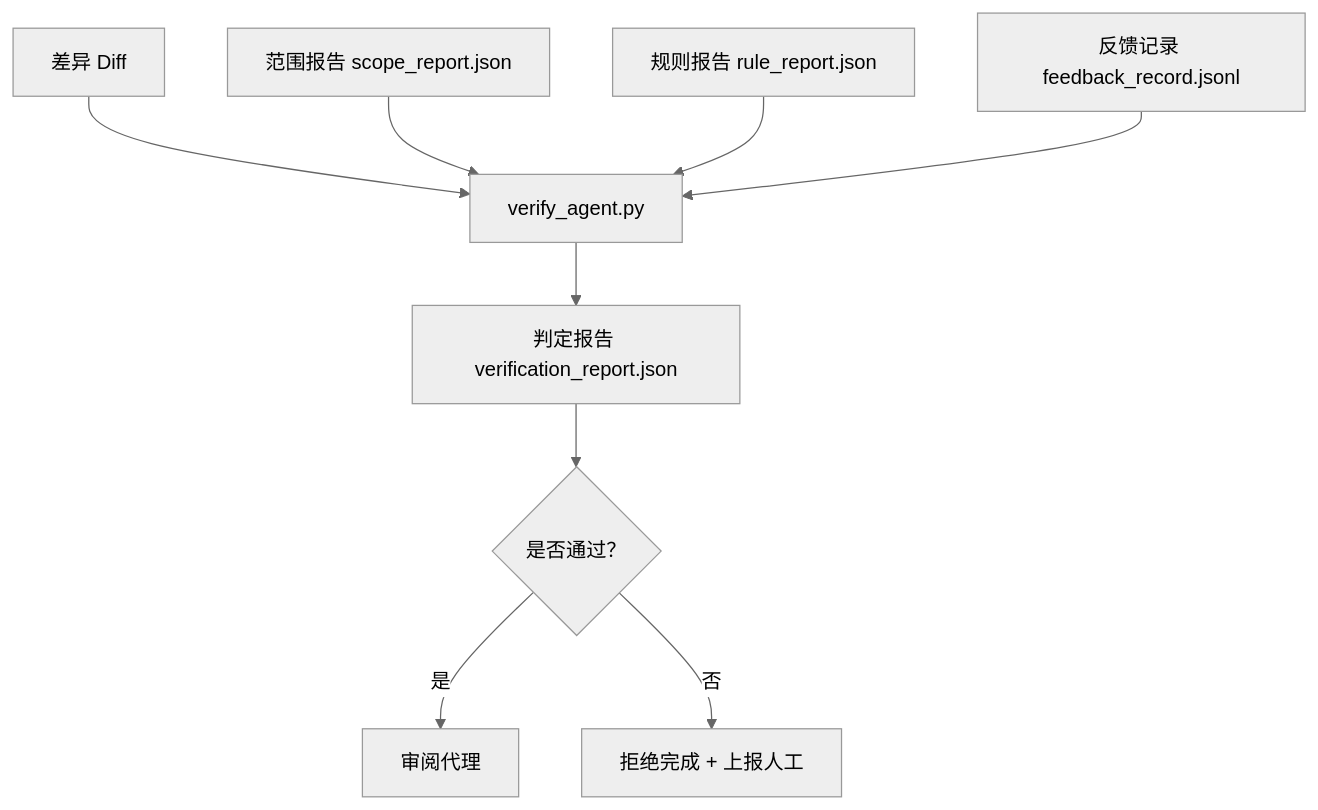
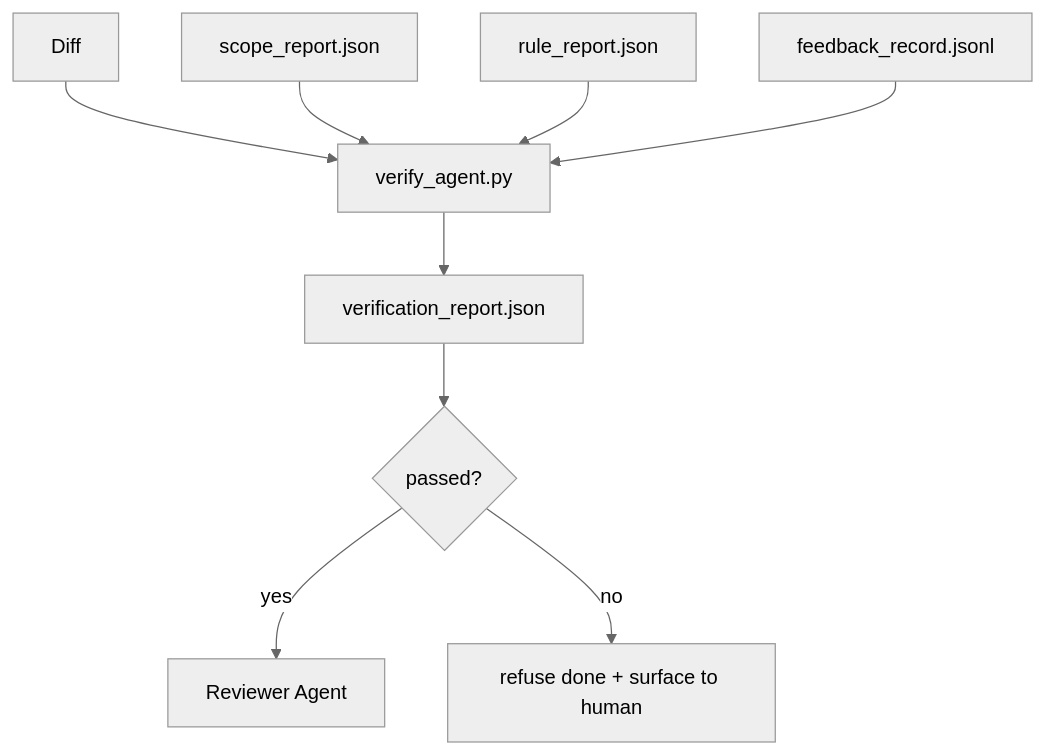
Before and after one commit to xiaojiaenen/ai-engineering-from-scratch-zh: the diagram in i18n/zh/phases/14-agent-engineering/38-verification-gates/docs/zh.md, drawn with Mermaid (neutral theme). The commit also changed other lines of this file and 54 other files, not shown here.

````diff
--- a/i18n/zh/phases/14-agent-engineering/38-verification-gates/docs/zh.md
+++ b/i18n/zh/phases/14-agent-engineering/38-verification-gates/docs/zh.md
@@ -29,11 +29,11 @@
 ```mermaid
 flowchart TD
-  Diff[差异 Diff] --> Gate[verify_agent.py]
-  Scope[范围报告 scope_report.json] --> Gate
-  Rules[规则报告 rule_report.json] --> Gate
-  Feedback[反馈记录 feedback_record.jsonl] --> Gate
-  Gate --> Verdict[判定报告 verification_report.json]
-  Verdict --> Pass{是否通过？}
-  Pass -- 是 --> Review[审阅代理]
-  Pass -- 否 --> Refuse[拒绝完成 + 上报人工]
+  Diff[Diff] --> Gate[verify_agent.py]
+  Scope[scope_report.json] --> Gate
+  Rules[rule_report.json] --> Gate
+  Feedback[feedback_record.jsonl] --> Gate
+  Gate --> Verdict[verification_report.json]
+  Verdict --> Pass{passed?}
+  Pass -- yes --> Review[Reviewer Agent]
+  Pass -- no --> Refuse[refuse done + surface to human]
 ```
````
